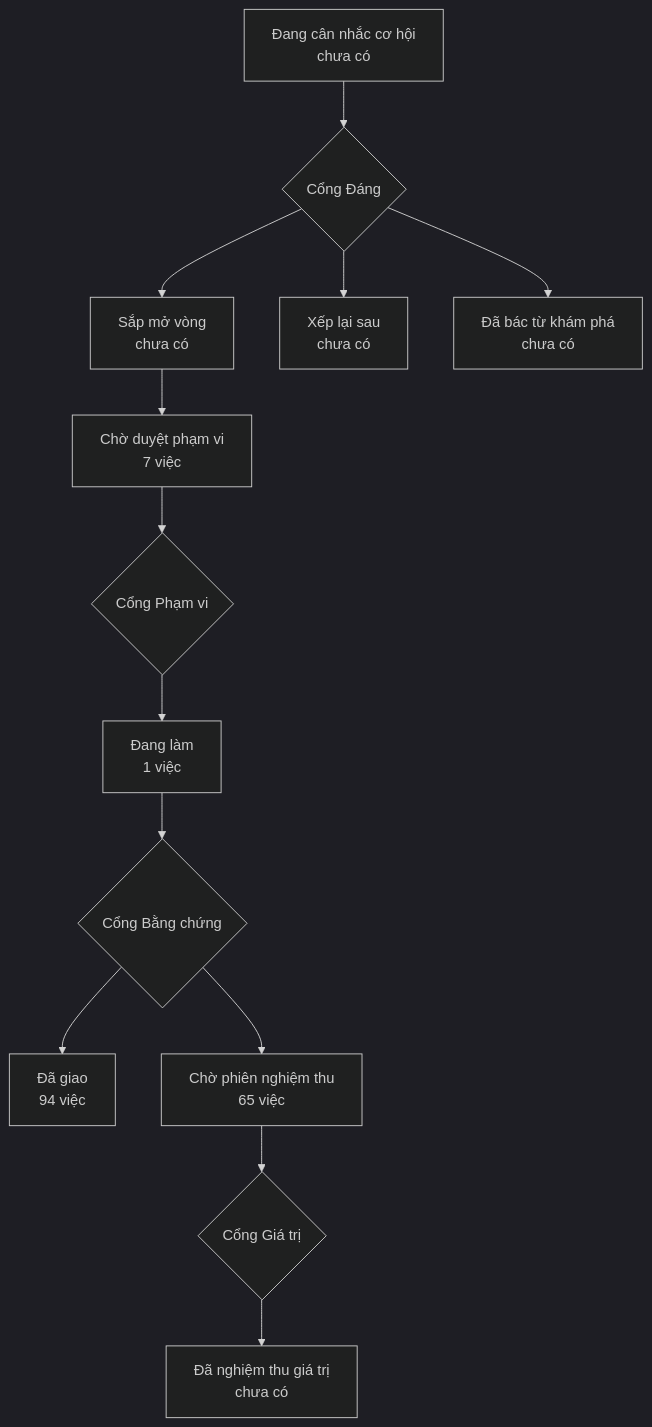
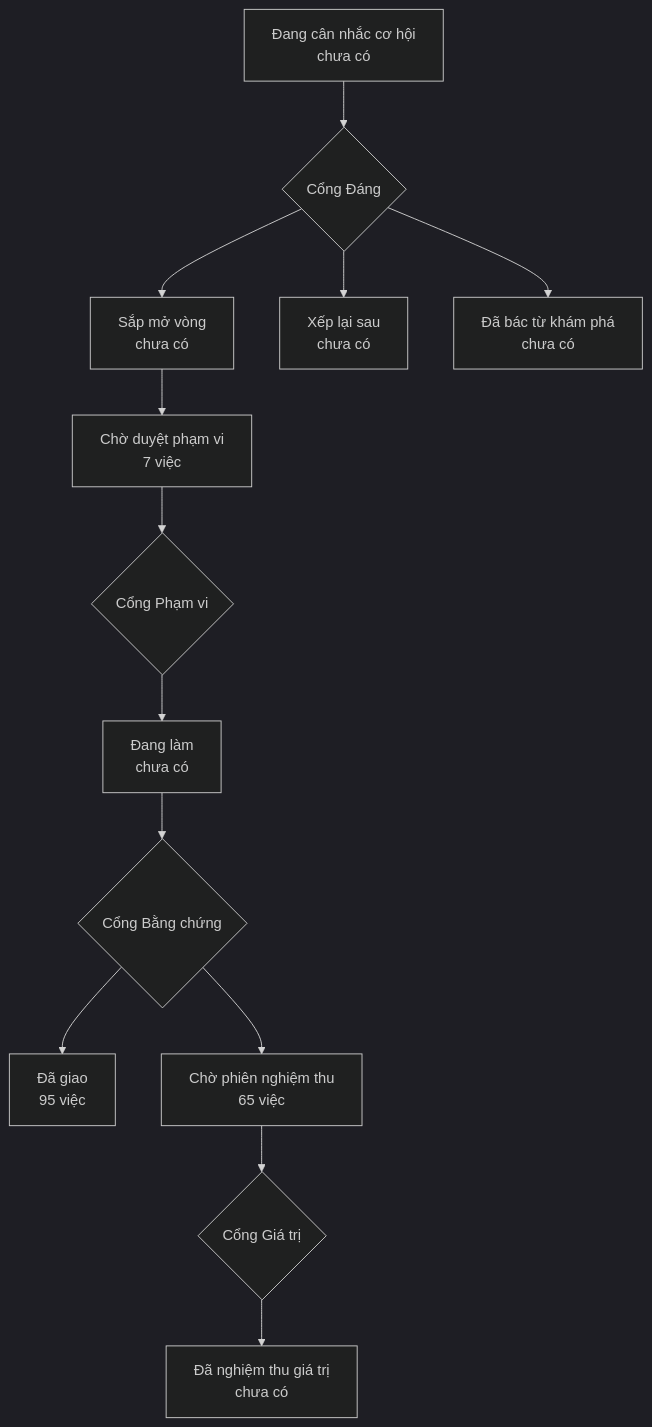
Before and after one commit to phanlemanh/onehub-invest: the diagram in PRODUCT-MAP.md, drawn with Mermaid (dark theme). The commit also changed other lines of this file and 4 other files, not shown here.

````diff
--- a/PRODUCT-MAP.md
+++ b/PRODUCT-MAP.md
@@ -7,12 +7,12 @@
 ```mermaid
 flowchart TD
   A["Đang cân nhắc cơ hội<br/>chưa có"] --> GD{"Cổng Đáng"}
   GD --> B["Sắp mở vòng<br/>chưa có"]
   GD --> XL["Xếp lại sau<br/>chưa có"]
   GD --> DB["Đã bác từ khám phá<br/>chưa có"]
   B --> CD["Chờ duyệt phạm vi<br/>7 việc"] --> GP{"Cổng Phạm vi"}
-  GP --> DL["Đang làm<br/>1 việc"] --> GB{"Cổng Bằng chứng"}
-  GB --> DG["Đã giao<br/>94 việc"]
+  GP --> DL["Đang làm<br/>chưa có"] --> GB{"Cổng Bằng chứng"}
+  GB --> DG["Đã giao<br/>95 việc"]
   GB --> CN["Chờ phiên nghiệm thu<br/>65 việc"] --> GG{"Cổng Giá trị"}
   GG --> NT["Đã nghiệm thu giá trị<br/>chưa có"]
 ```
````
